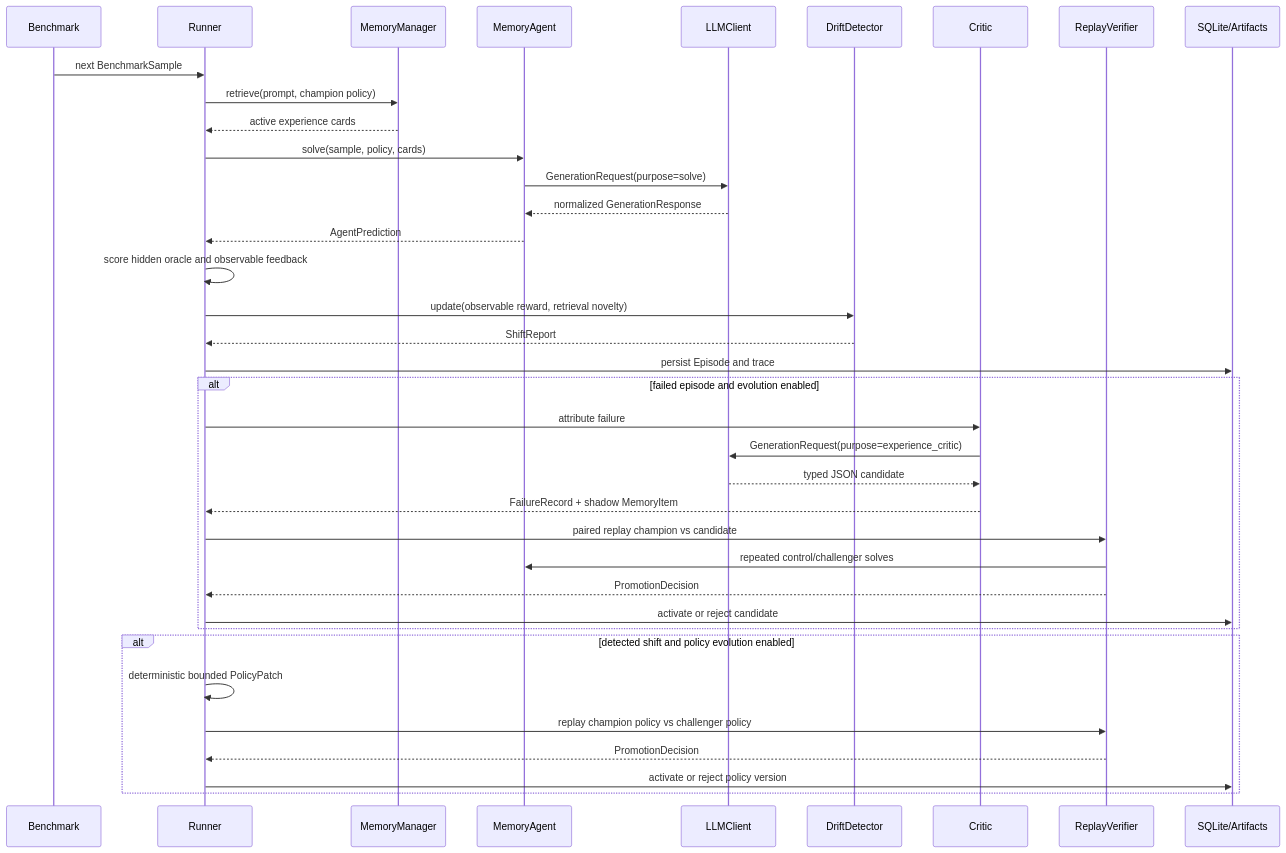
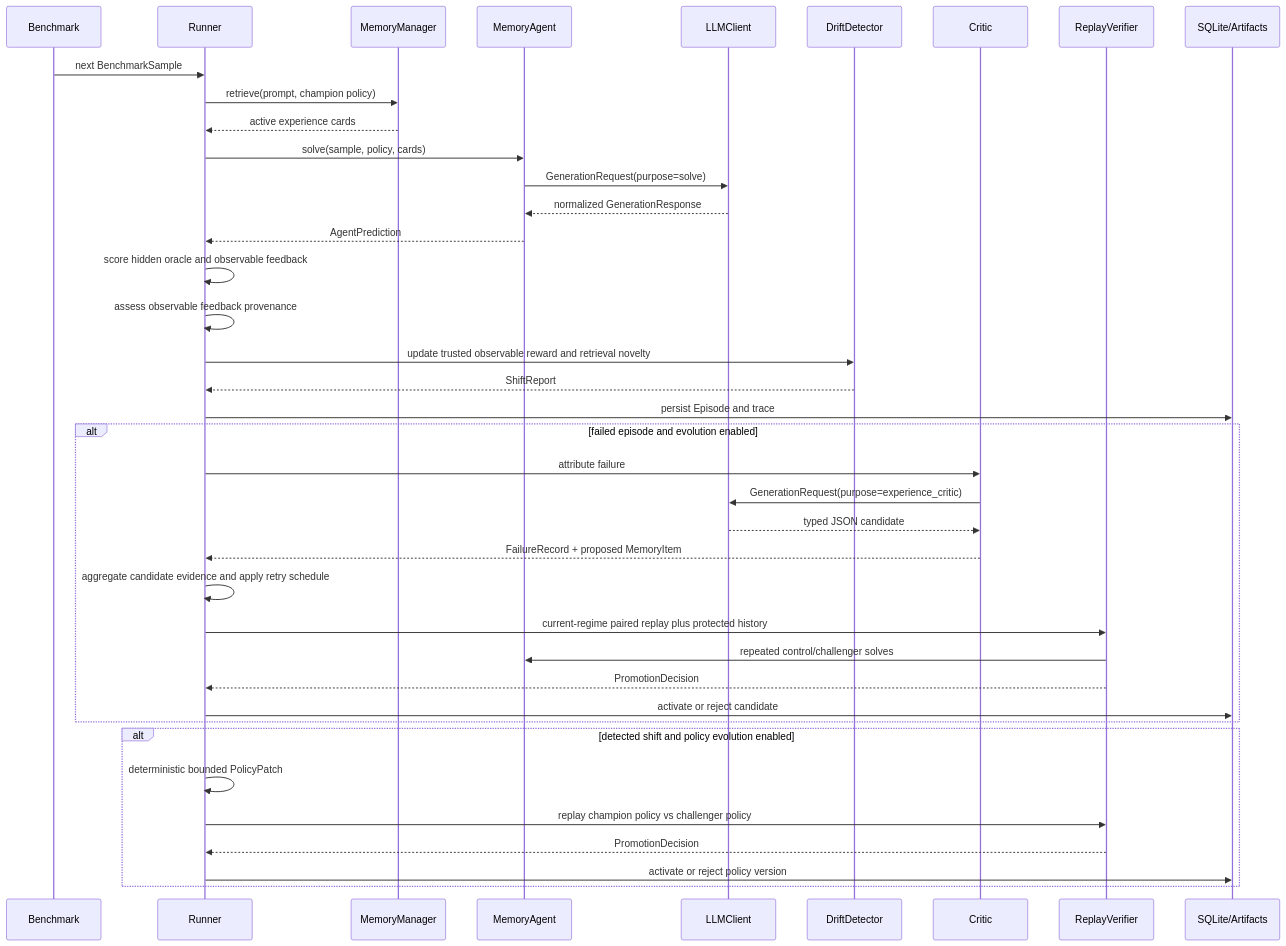
The second of 4 diagrams in docs/architecture.md (Vincent123Nie/EvoShift), drawn with Mermaid before and after one commit. The commit also changed other lines of this file and 34 other files, not shown here.

Commit message:
Add robust feedback promotion and regime-aware evaluation

````diff
--- a/docs/architecture.md
+++ b/docs/architecture.md
@@ -73,40 +75,42 @@
 ```mermaid
 sequenceDiagram
     participant B as Benchmark
     participant R as Runner
     participant M as MemoryManager
     participant A as MemoryAgent
     participant L as LLMClient
     participant D as DriftDetector
     participant C as Critic
     participant V as ReplayVerifier
     participant S as SQLite/Artifacts
 
     B->>R: next BenchmarkSample
     R->>M: retrieve(prompt, champion policy)
     M-->>R: active experience cards
     R->>A: solve(sample, policy, cards)
     A->>L: GenerationRequest(purpose=solve)
     L-->>A: normalized GenerationResponse
     A-->>R: AgentPrediction
     R->>R: score hidden oracle and observable feedback
-    R->>D: update(observable reward, retrieval novelty)
+    R->>R: assess observable feedback provenance
+    R->>D: update trusted observable reward and retrieval novelty
     D-->>R: ShiftReport
     R->>S: persist Episode and trace
     alt failed episode and evolution enabled
         R->>C: attribute failure
         C->>L: GenerationRequest(purpose=experience_critic)
         L-->>C: typed JSON candidate
-        C-->>R: FailureRecord + shadow MemoryItem
-        R->>V: paired replay champion vs candidate
+        C-->>R: FailureRecord + proposed MemoryItem
+        R->>R: aggregate candidate evidence and apply retry schedule
+        R->>V: current-regime paired replay plus protected history
         V->>A: repeated control/challenger solves
         V-->>R: PromotionDecision
         R->>S: activate or reject candidate
     end
     alt detected shift and policy evolution enabled
         R->>R: deterministic bounded PolicyPatch
         R->>V: replay champion policy vs challenger policy
         V-->>R: PromotionDecision
         R->>S: activate or reject policy version
     end
 ```
````
